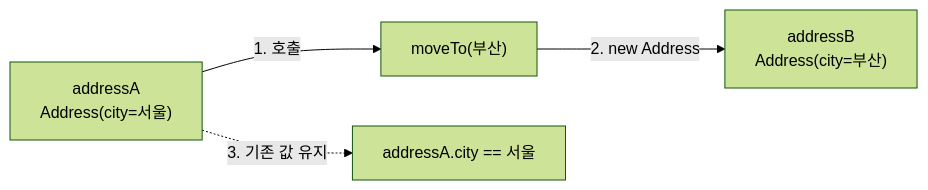
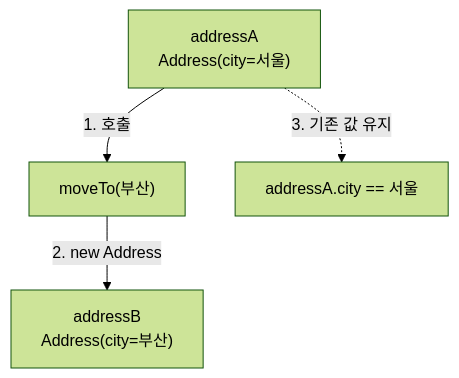
The second of 2 diagrams in evals/fixtures/learning-content/immutable-address.md (woonyong-kr/woon-skills), drawn with Mermaid (forest theme) before and after one commit. The commit also changed other lines of this file and 13 other files, not shown here.

````diff
--- a/evals/fixtures/learning-content/immutable-address.md
+++ b/evals/fixtures/learning-content/immutable-address.md
@@ -90,10 +91,10 @@
 ```mermaid
-flowchart LR
+flowchart TD
     addressA["addressA<br/>Address(city=서울)"]
     moveTo["moveTo(부산)"]
     addressB["addressB<br/>Address(city=부산)"]
     observedA["addressA.city == 서울"]
     addressA -->|"1. 호출"| moveTo
     moveTo -->|"2. new Address"| addressB
     addressA -.->|"3. 기존 값 유지"| observedA
 ```
````
